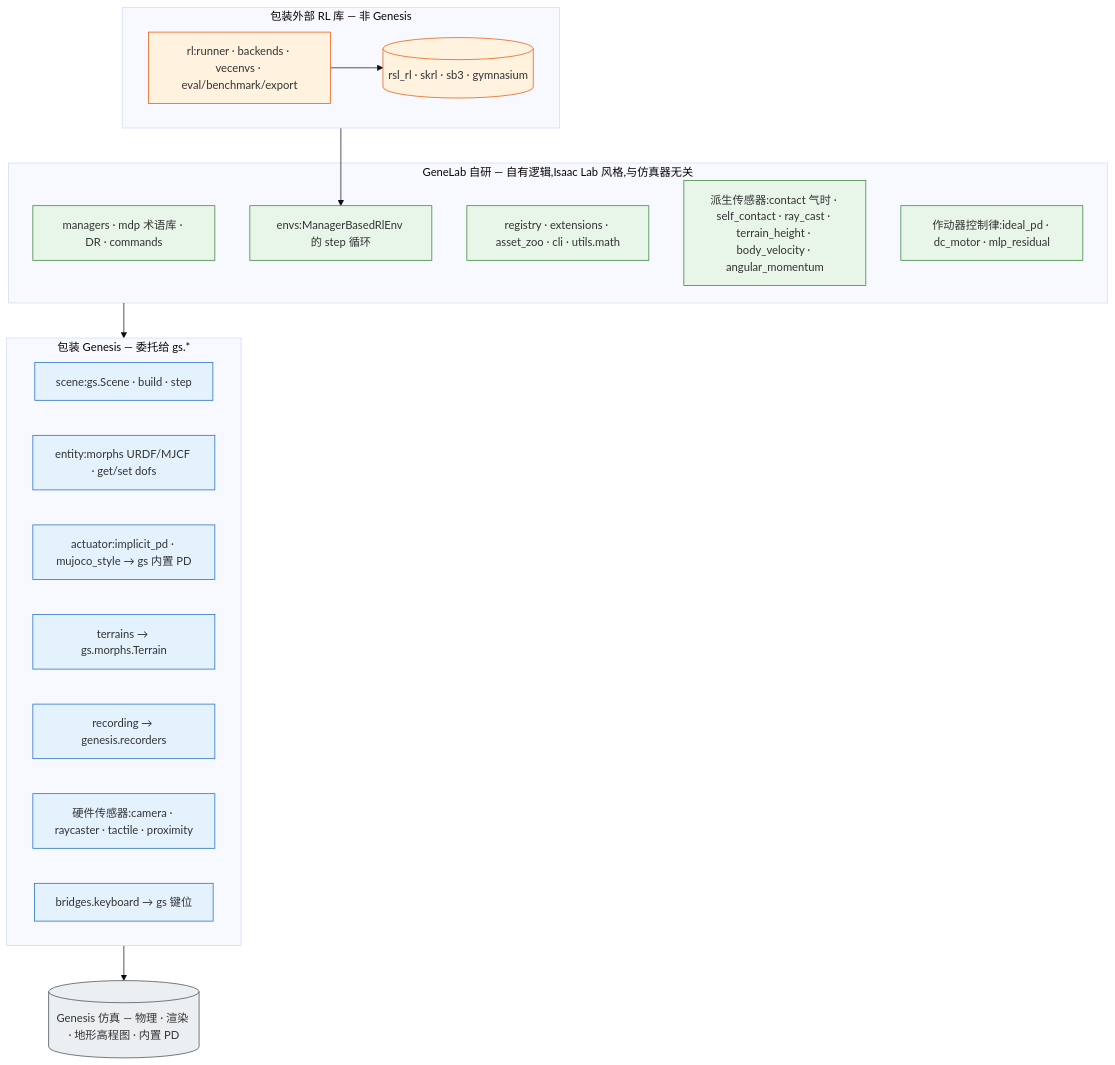
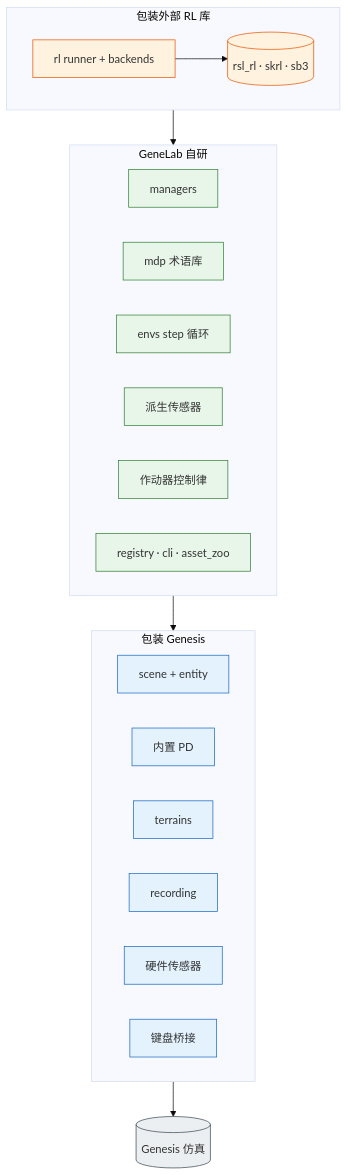
One commit to KraHsu/GeneLab changed the second of 2 diagrams in docs/concepts/architecture.zh.md. Above: the diagram before and after it, drawn with Mermaid (base theme). The commit also changed other lines of this file and 1 other file, not shown here.

Commit message:
docs(concepts): declutter the Genesis-boundary diagram
Collapse the long per-node bullet lists into short grouped labels (details
already live in the category table below) so the diagram reads cleanly.

````diff
--- a/docs/concepts/architecture.zh.md
+++ b/docs/concepts/architecture.zh.md
@@ -38,37 +38,40 @@
 ```mermaid
-flowchart TD
-    subgraph NAT["GeneLab 自研 — 自有逻辑,Isaac Lab 风格,与仿真器无关"]
-        Managers[managers · mdp 术语库 · DR · commands]
-        EnvLoop[envs:ManagerBasedRlEnv 的 step 循环]
-        Reg[registry · extensions · asset_zoo · cli · utils.math]
-        Derived[派生传感器:contact 气时 · self_contact · ray_cast · terrain_height · body_velocity · angular_momentum]
-        ActLaws[作动器控制律:ideal_pd · dc_motor · mlp_residual]
+flowchart TB
+    subgraph NAT["GeneLab 自研"]
+        direction LR
+        Managers[managers]
+        MDPlib[mdp 术语库]
+        EnvLoop[envs step 循环]
+        Derived[派生传感器]
+        ActLaws[作动器控制律]
+        Infra[registry · cli · asset_zoo]
     end
-    subgraph WRAP["包装 Genesis — 委托给 gs.*"]
-        Scene2[scene:gs.Scene · build · step]
-        Entity2[entity:morphs URDF/MJCF · get/set dofs]
-        ImplAct[actuator:implicit_pd · mujoco_style → gs 内置 PD]
-        Terr[terrains → gs.morphs.Terrain]
-        Rec[recording → genesis.recorders]
-        HwSens[硬件传感器:camera · raycaster · tactile · proximity]
-        Kb[bridges.keyboard → gs 键位]
+    subgraph WRAP["包装 Genesis"]
+        direction LR
+        Scene2[scene + entity]
+        ImplAct[内置 PD]
+        Terr[terrains]
+        Rec[recording]
+        HwSens[硬件传感器]
+        Kb[键盘桥接]
     end
-    subgraph EXT["包装外部 RL 库 — 非 Genesis"]
-        RL[rl:runner · backends · vecenvs · eval/benchmark/export]
-        Libs[(rsl_rl · skrl · sb3 · gymnasium)]
+    subgraph EXT["包装外部 RL 库"]
+        direction LR
+        RL[rl runner + backends]
+        Libs[(rsl_rl · skrl · sb3)]
     end
-    GenesisSim[(Genesis 仿真 — 物理 · 渲染 · 地形高程图 · 内置 PD)]
+    GenesisSim[(Genesis 仿真)]
 
     NAT --> WRAP --> GenesisSim
     EXT --> EnvLoop
     RL --> Libs
 
     classDef nat fill:#e8f5e9,stroke:#2e7d32;
     classDef wrap fill:#e3f2fd,stroke:#1565c0;
     classDef ext fill:#fff3e0,stroke:#e65100;
     classDef sim fill:#eceff1,stroke:#37474f;
-    class Managers,EnvLoop,Reg,Derived,ActLaws nat;
-    class Scene2,Entity2,ImplAct,Terr,Rec,HwSens,Kb wrap;
+    class Managers,MDPlib,EnvLoop,Derived,ActLaws,Infra nat;
+    class Scene2,ImplAct,Terr,Rec,HwSens,Kb wrap;
     class RL,Libs ext;
     class GenesisSim sim;
 ```
````
